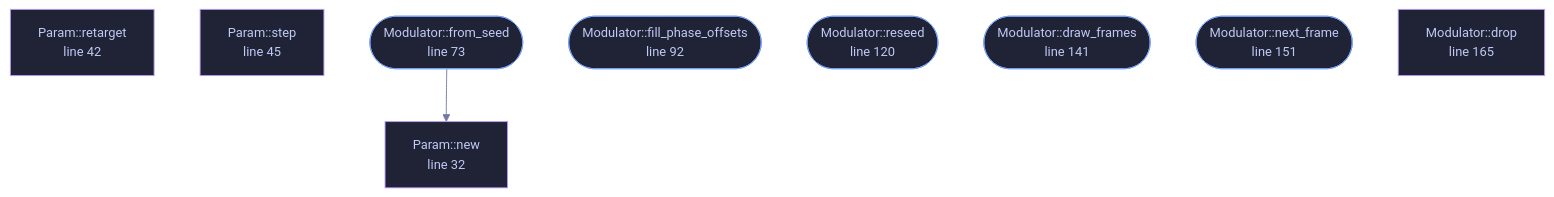
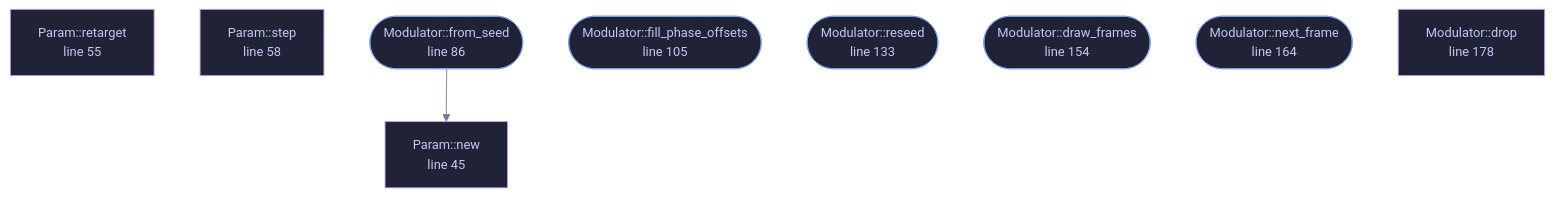
One commit to tilas01/veilvoice changed the diagram in wiki/File-veilvoice-core-modulation.md. Above: the diagram before and after it, drawn with Mermaid. The commit also changed other lines of this file and 487 other files, not shown here.

````diff
--- a/wiki/File-veilvoice-core-modulation.md
+++ b/wiki/File-veilvoice-core-modulation.md
@@ -57,27 +71,27 @@
 ```mermaid
 %%{init: {"theme":"base","themeVariables":{"background":"#1a1b26","primaryColor":"#1f2335","primaryTextColor":"#c0caf5","primaryBorderColor":"#7aa2f7","secondaryColor":"#16161e","tertiaryColor":"#16161e","lineColor":"#737aa2","textColor":"#c0caf5","mainBkg":"#1f2335","nodeBorder":"#7aa2f7","clusterBkg":"#16161e","clusterBorder":"#2f3549","fontFamily":"ui-monospace, SFMono-Regular, Consolas, monospace","fontSize":"14px"}}}%%
 flowchart TD
-    n_new["Param::new<br/>line 32"]
-    n_retarget["Param::retarget<br/>line 42"]
-    n_step["Param::step<br/>line 45"]
-    n_from_seed(["Modulator::from_seed<br/>line 73"])
-    n_fill_phase_offsets(["Modulator::fill_phase_offsets<br/>line 92"])
-    n_reseed(["Modulator::reseed<br/>line 120"])
-    n_draw_frames(["Modulator::draw_frames<br/>line 141"])
-    n_next_frame(["Modulator::next_frame<br/>line 151"])
-    n_drop["Modulator::drop<br/>line 165"]
+    n_new["Param::new<br/>line 45"]
+    n_retarget["Param::retarget<br/>line 55"]
+    n_step["Param::step<br/>line 58"]
+    n_from_seed(["Modulator::from_seed<br/>line 86"])
+    n_fill_phase_offsets(["Modulator::fill_phase_offsets<br/>line 105"])
+    n_reseed(["Modulator::reseed<br/>line 133"])
+    n_draw_frames(["Modulator::draw_frames<br/>line 154"])
+    n_next_frame(["Modulator::next_frame<br/>line 164"])
+    n_drop["Modulator::drop<br/>line 178"]
     n_from_seed --> n_new
-    click n_new href "https://github.com/tilas01/veilvoice/blob/main/crates/veilvoice-core/src/modulation.rs#L32" "open the source"
-    click n_retarget href "https://github.com/tilas01/veilvoice/blob/main/crates/veilvoice-core/src/modulation.rs#L42" "open the source"
-    click n_step href "https://github.com/tilas01/veilvoice/blob/main/crates/veilvoice-core/src/modulation.rs#L45" "open the source"
-    click n_from_seed href "https://github.com/tilas01/veilvoice/blob/main/crates/veilvoice-core/src/modulation.rs#L73" "open the source"
-    click n_fill_phase_offsets href "https://github.com/tilas01/veilvoice/blob/main/crates/veilvoice-core/src/modulation.rs#L92" "open the source"
-    click n_reseed href "https://github.com/tilas01/veilvoice/blob/main/crates/veilvoice-core/src/modulation.rs#L120" "open the source"
-    click n_draw_frames href "https://github.com/tilas01/veilvoice/blob/main/crates/veilvoice-core/src/modulation.rs#L141" "open the source"
-    click n_next_frame href "https://github.com/tilas01/veilvoice/blob/main/crates/veilvoice-core/src/modulation.rs#L151" "open the source"
-    click n_drop href "https://github.com/tilas01/veilvoice/blob/main/crates/veilvoice-core/src/modulation.rs#L165" "open the source"
+    click n_new href "https://github.com/tilas01/veilvoice/blob/main/crates/veilvoice-core/src/modulation.rs#L45" "open the source"
+    click n_retarget href "https://github.com/tilas01/veilvoice/blob/main/crates/veilvoice-core/src/modulation.rs#L55" "open the source"
+    click n_step href "https://github.com/tilas01/veilvoice/blob/main/crates/veilvoice-core/src/modulation.rs#L58" "open the source"
+    click n_from_seed href "https://github.com/tilas01/veilvoice/blob/main/crates/veilvoice-core/src/modulation.rs#L86" "open the source"
+    click n_fill_phase_offsets href "https://github.com/tilas01/veilvoice/blob/main/crates/veilvoice-core/src/modulation.rs#L105" "open the source"
+    click n_reseed href "https://github.com/tilas01/veilvoice/blob/main/crates/veilvoice-core/src/modulation.rs#L133" "open the source"
+    click n_draw_frames href "https://github.com/tilas01/veilvoice/blob/main/crates/veilvoice-core/src/modulation.rs#L154" "open the source"
+    click n_next_frame href "https://github.com/tilas01/veilvoice/blob/main/crates/veilvoice-core/src/modulation.rs#L164" "open the source"
+    click n_drop href "https://github.com/tilas01/veilvoice/blob/main/crates/veilvoice-core/src/modulation.rs#L178" "open the source"
     classDef entry fill:#1f2335,stroke:#7aa2f7,color:#c0caf5
     class n_from_seed,n_fill_phase_offsets,n_reseed,n_draw_frames,n_next_frame entry
     classDef helper fill:#1f2335,stroke:#bb9af7,color:#c0caf5
     class n_new,n_retarget,n_step,n_drop helper
 ```
````
